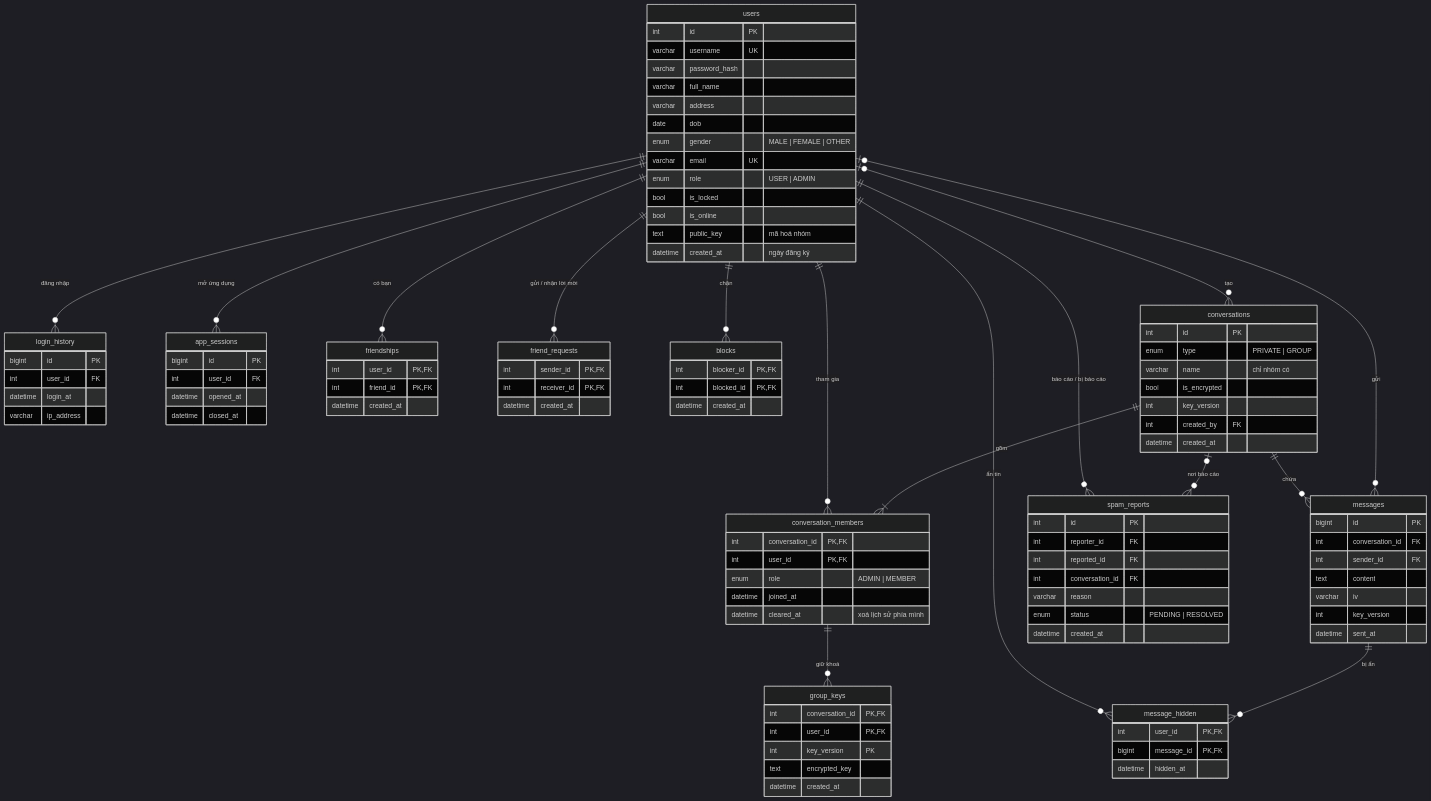
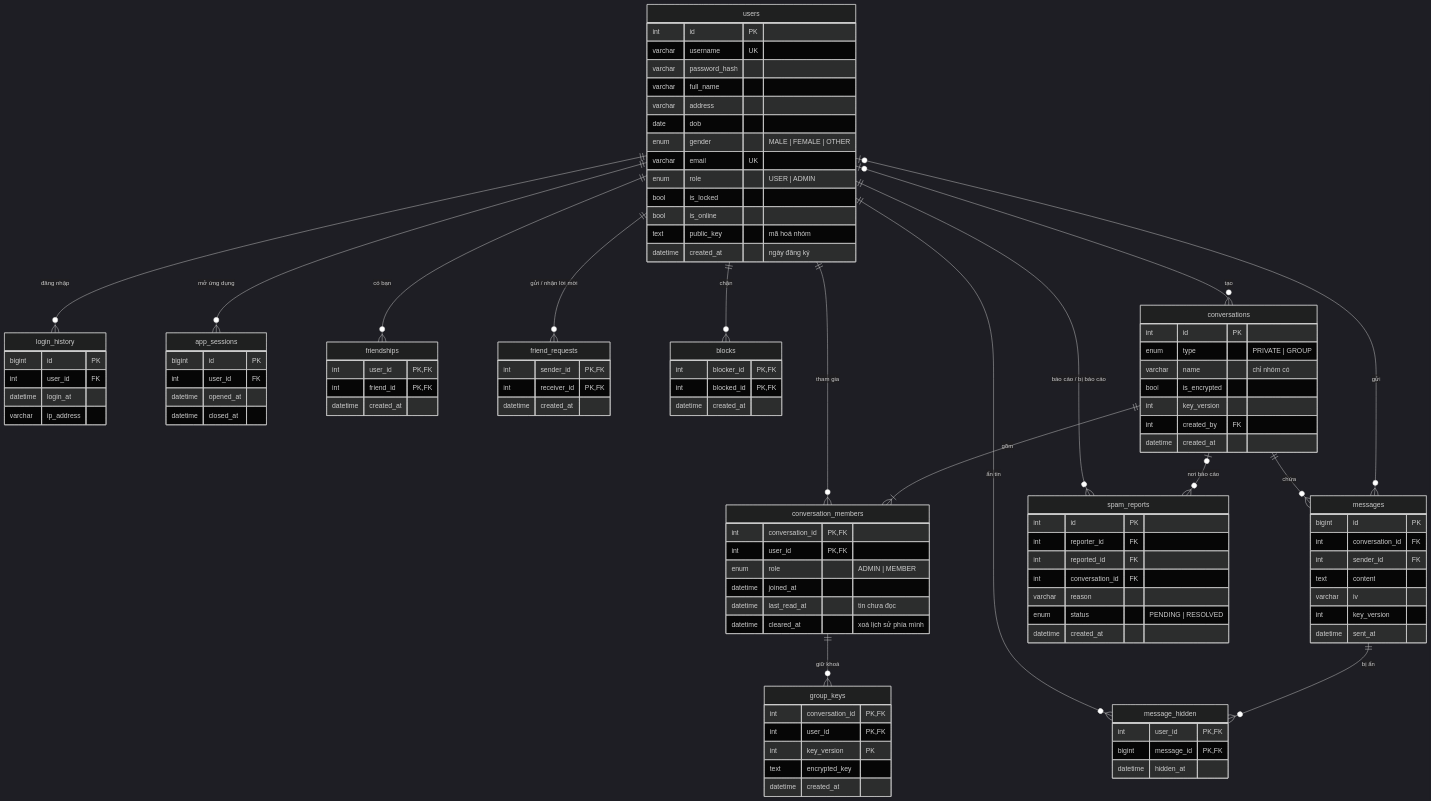
One commit to TranTai35/chat-system changed the diagram in docs/erd/erd.mmd. Above: the diagram before and after it, drawn with Mermaid (dark theme). The commit also changed 4 other files, not shown here.

First line of the commit message:
Thêm cột last_read_at để đếm tin nhắn chưa đọc

```diff
--- a/docs/erd/erd.mmd
+++ b/docs/erd/erd.mmd
@@ -1,105 +1,106 @@
 erDiagram
     users {
         int id PK
         varchar username UK
         varchar password_hash
         varchar full_name
         varchar address
         date dob
         enum gender "MALE | FEMALE | OTHER"
         varchar email UK
         enum role "USER | ADMIN"
         bool is_locked
         bool is_online
         text public_key "mã hoá nhóm"
         datetime created_at "ngày đăng ký"
     }
     login_history {
         bigint id PK
         int user_id FK
         datetime login_at
         varchar ip_address
     }
     app_sessions {
         bigint id PK
         int user_id FK
         datetime opened_at
         datetime closed_at
     }
     friendships {
         int user_id PK, FK
         int friend_id PK, FK
         datetime created_at
     }
     friend_requests {
         int sender_id PK, FK
         int receiver_id PK, FK
         datetime created_at
     }
     blocks {
         int blocker_id PK, FK
         int blocked_id PK, FK
         datetime created_at
     }
     conversations {
         int id PK
         enum type "PRIVATE | GROUP"
         varchar name "chỉ nhóm có"
         bool is_encrypted
         int key_version
         int created_by FK
         datetime created_at
     }
     conversation_members {
         int conversation_id PK, FK
         int user_id PK, FK
         enum role "ADMIN | MEMBER"
         datetime joined_at
+        datetime last_read_at "tin chưa đọc"
         datetime cleared_at "xoá lịch sử phía mình"
     }
     messages {
         bigint id PK
         int conversation_id FK
         int sender_id FK
         text content
         varchar iv
         int key_version
         datetime sent_at
     }
     message_hidden {
         int user_id PK, FK
         bigint message_id PK, FK
         datetime hidden_at
     }
     spam_reports {
         int id PK
         int reporter_id FK
         int reported_id FK
         int conversation_id FK
         varchar reason
         enum status "PENDING | RESOLVED"
         datetime created_at
     }
     group_keys {
         int conversation_id PK, FK
         int user_id PK, FK
         int key_version PK
         text encrypted_key
         datetime created_at
     }
 
     users ||--o{ login_history : "đăng nhập"
     users ||--o{ app_sessions : "mở ứng dụng"
     users ||--o{ friendships : "có bạn"
     users ||--o{ friend_requests : "gửi / nhận lời mời"
     users ||--o{ blocks : "chặn"
     users ||--o{ conversation_members : "tham gia"
     conversations ||--|{ conversation_members : "gồm"
     users |o--o{ conversations : "tạo"
     conversations ||--o{ messages : "chứa"
     users |o--o{ messages : "gửi"
     users ||--o{ message_hidden : "ẩn tin"
     messages ||--o{ message_hidden : "bị ẩn"
     users ||--o{ spam_reports : "báo cáo / bị báo cáo"
     conversations |o--o{ spam_reports : "nơi báo cáo"
     conversation_members ||--o{ group_keys : "giữ khoá"
```
